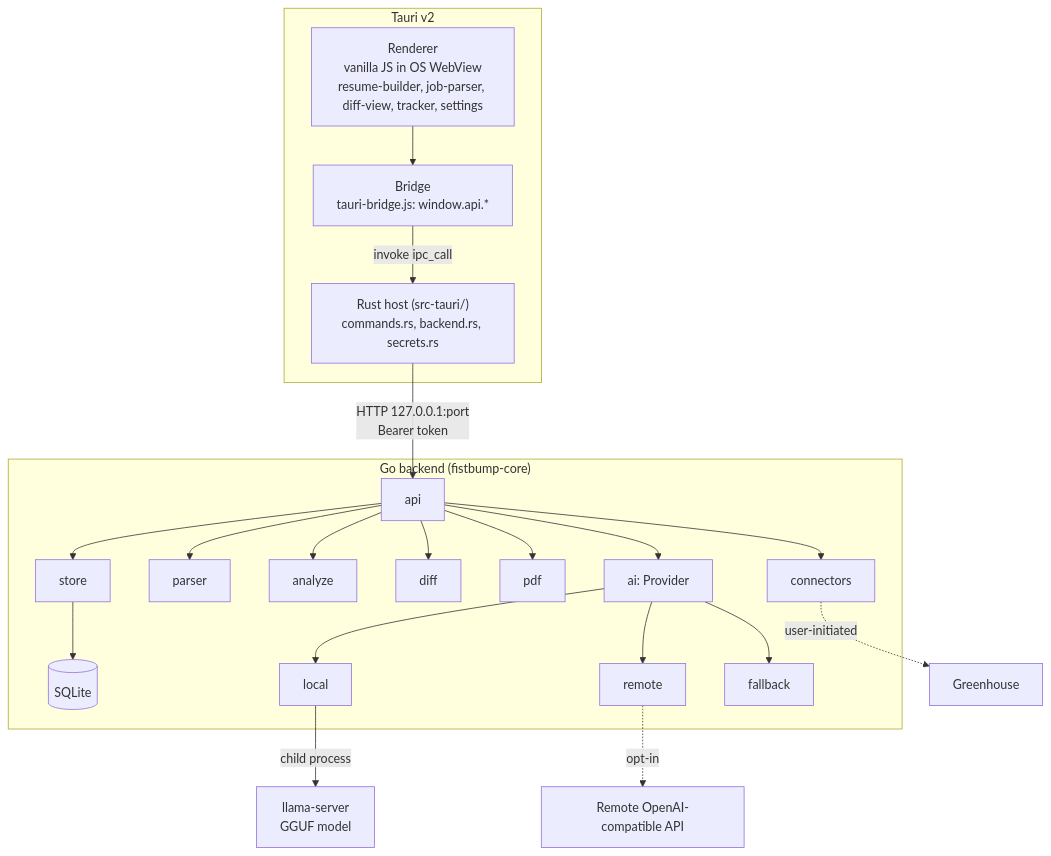
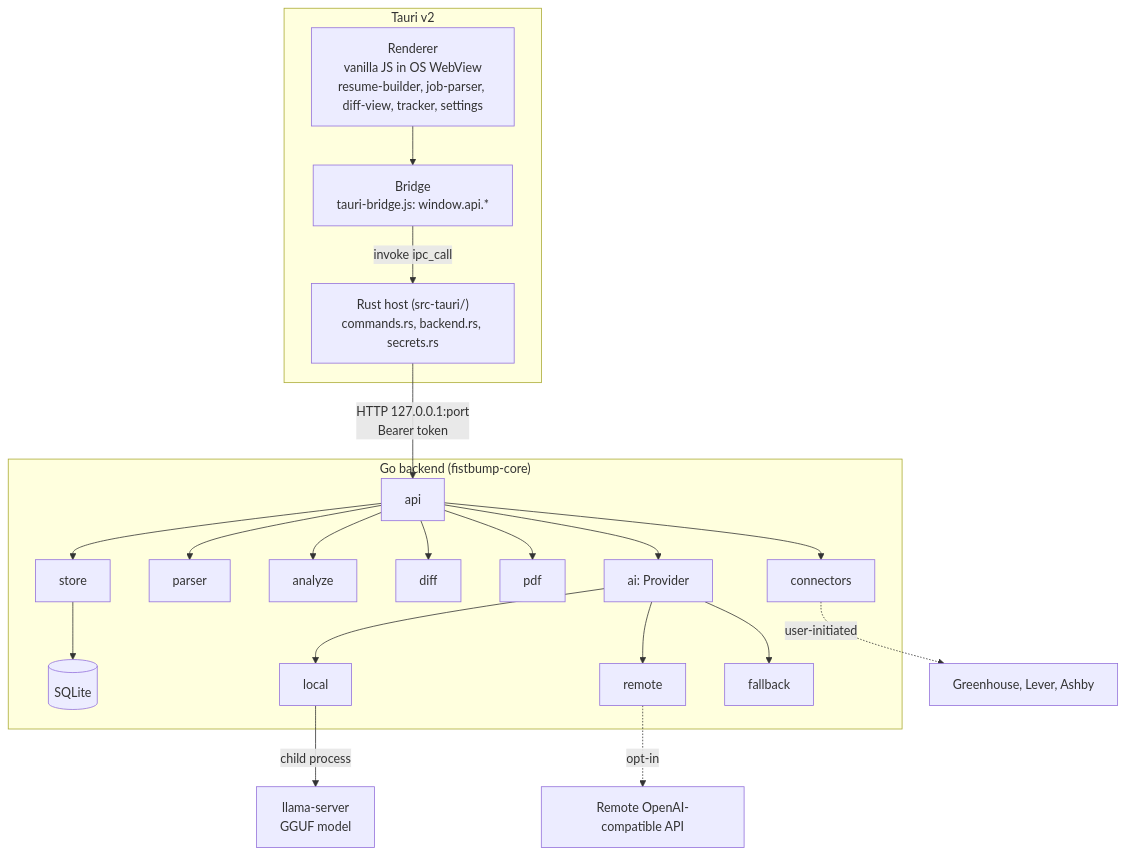
Before and after one commit to tlmcguire/fistbump: the first of 8 diagrams in docs/architecture.md, drawn with Mermaid. The commit also changed other lines of this file and 107 other files, not shown here.

````diff
--- a/docs/architecture.md
+++ b/docs/architecture.md
@@ -17,25 +17,25 @@
 ```mermaid
 flowchart TB
     subgraph Tauri["Tauri v2"]
         R["Renderer<br/>vanilla JS in OS WebView<br/>resume-builder, job-parser, diff-view, tracker, settings"]
         P["Bridge<br/>tauri-bridge.js: window.api.*"]
         M["Rust host (src-tauri/)<br/>commands.rs, backend.rs, secrets.rs"]
         R --> P -->|invoke ipc_call| M
     end
     subgraph Go["Go backend (fistbump-core)"]
         API[api] --> Store[store] --> DB[(SQLite)]
         API --> Parser[parser]
         API --> Analyze[analyze]
         API --> Diff[diff]
         API --> PDF[pdf]
         API --> Conn[connectors]
         API --> AI["ai: Provider"]
         AI --> Local[local]
         AI --> Remote[remote]
         AI --> Fallback[fallback]
     end
     M -->|"HTTP 127.0.0.1:port<br/>Bearer token"| API
     Local -->|child process| LS["llama-server<br/>GGUF model"]
     Remote -.->|opt-in| RA["Remote OpenAI-compatible API"]
-    Conn -.->|user-initiated| GH["Greenhouse"]
+    Conn -.->|user-initiated| GH["Greenhouse, Lever, Ashby"]
 ```
````
